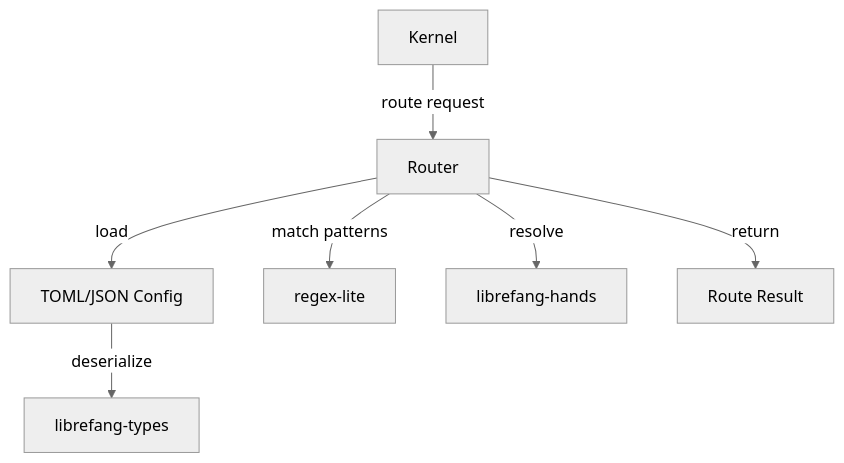
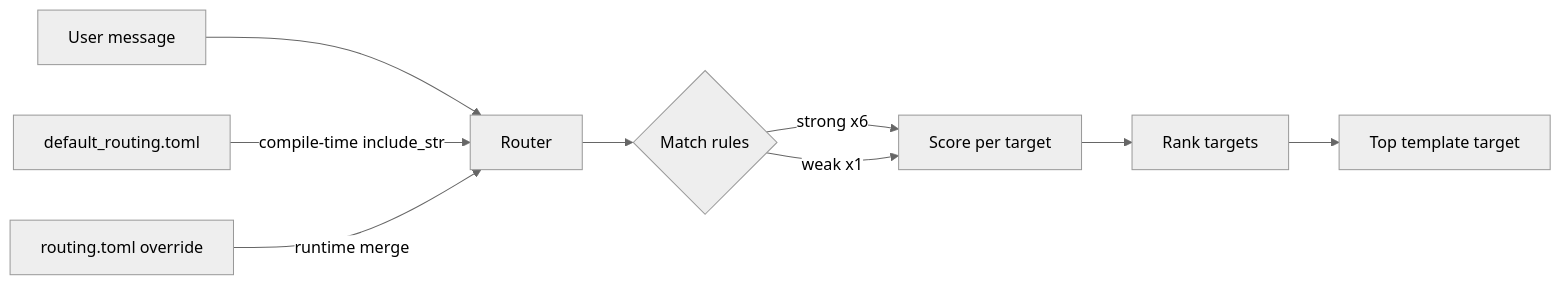
Before and after one commit to leszek3737/librefang-WIki: the diagram in other-librefang-kernel-router.md, drawn with Mermaid (neutral theme). The commit also changed other lines of this file and 122 other files, not shown here.

````diff
--- a/other-librefang-kernel-router.md
+++ b/other-librefang-kernel-router.md
@@ -35,9 +20,12 @@
 ```mermaid
-graph TD
-    A[Kernel] -->|route request| B[Router]
-    B -->|load| C[TOML/JSON Config]
-    B -->|match patterns| D[regex-lite]
-    B -->|resolve| E[librefang-hands]
-    B -->|return| F[Route Result]
-    C -->|deserialize| G[librefang-types]
+flowchart LR
+    A[User message] --> B[Router]
+    B --> C{Match rules}
+    C -->|strong x6| D[Score per target]
+    C -->|weak x1| D
+    D --> E[Rank targets]
+    E --> F[Top template target]
+    
+    G[default_routing.toml] -->|compile-time include_str| B
+    H[routing.toml override] -->|runtime merge| B
 ```
````
